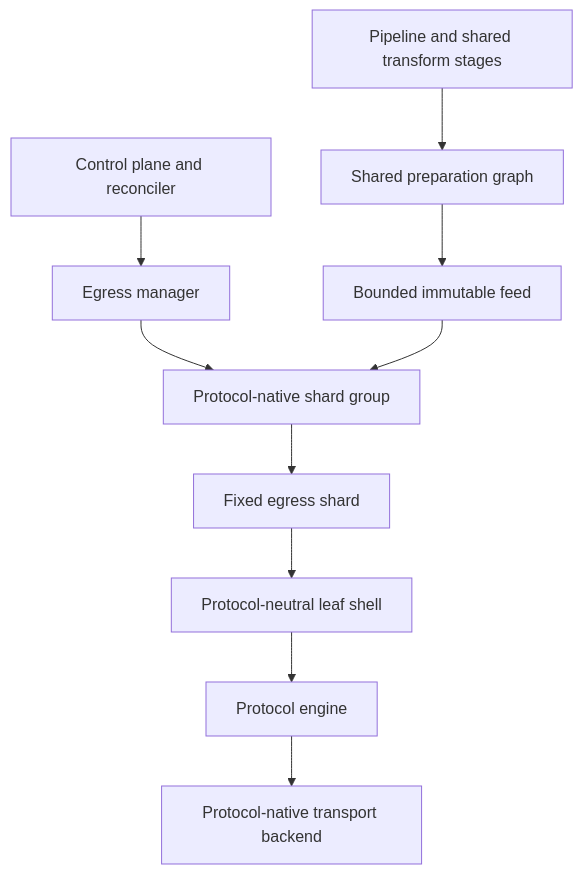
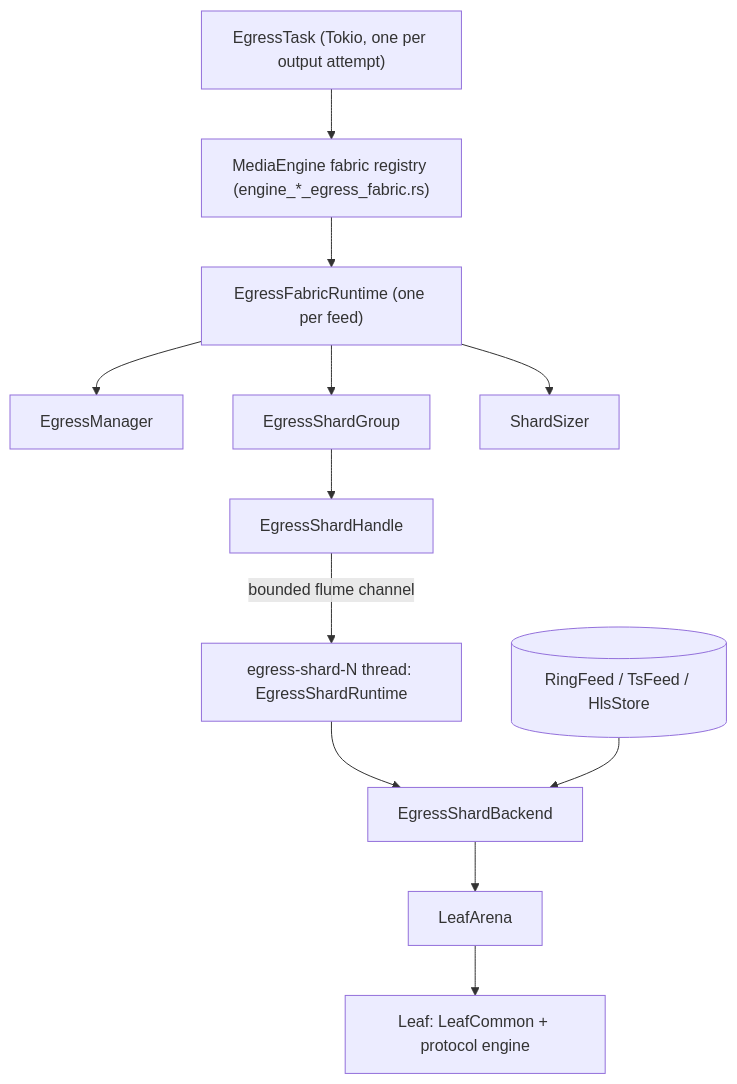
Before and after one commit to krsna1729/restream: the first of 6 diagrams in docs/egress-architecture.md, drawn with Mermaid. The commit also changed other lines of this file and 26 other files, not shown here.

First line of the commit message:
docs: rewrite every page against current source, with diagrams (#372)

````diff
--- a/docs/egress-architecture.md
+++ b/docs/egress-architecture.md
@@ -86,12 +54,14 @@
 ```mermaid
 flowchart TD
-    Control["Control plane and reconciler"] --> Manager["Egress manager"]
-    Pipeline["Pipeline and shared transform stages"] --> Preparation["Shared preparation graph"]
-    Preparation --> Feed["Bounded immutable feed"]
-    Manager --> ShardGroup["Protocol-native shard group"]
-    Feed --> ShardGroup
-    ShardGroup --> Shard["Fixed egress shard"]
-    Shard --> Leaf["Protocol-neutral leaf shell"]
-    Leaf --> Engine["Protocol engine"]
-    Engine --> Transport["Protocol-native transport backend"]
+    Task["EgressTask (Tokio, one per output attempt)"] --> Registry["MediaEngine fabric registry (engine_*_egress_fabric.rs)"]
+    Registry --> Runtime["EgressFabricRuntime (one per feed)"]
+    Runtime --> Manager["EgressManager"]
+    Runtime --> Group["EgressShardGroup"]
+    Runtime --> Sizer["ShardSizer"]
+    Group --> Handle["EgressShardHandle"]
+    Handle -->|"bounded flume channel"| Thread["egress-shard-N thread: EgressShardRuntime"]
+    Thread --> Backend["EgressShardBackend"]
+    Backend --> Arena["LeafArena"]
+    Arena --> Leaf["Leaf: LeafCommon + protocol engine"]
+    Feed[("RingFeed / TsFeed / HlsStore")] --> Backend
 ```
````
